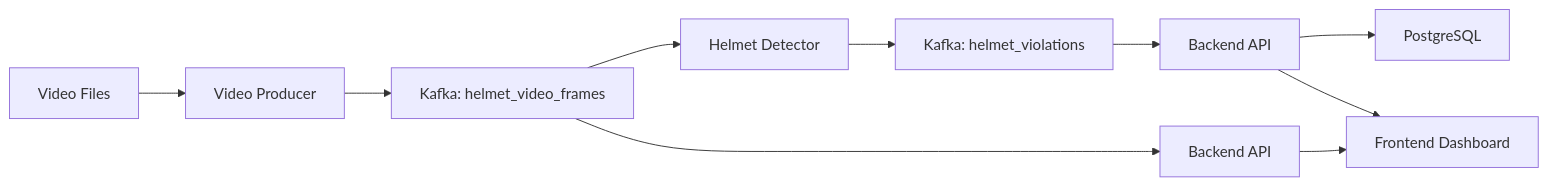
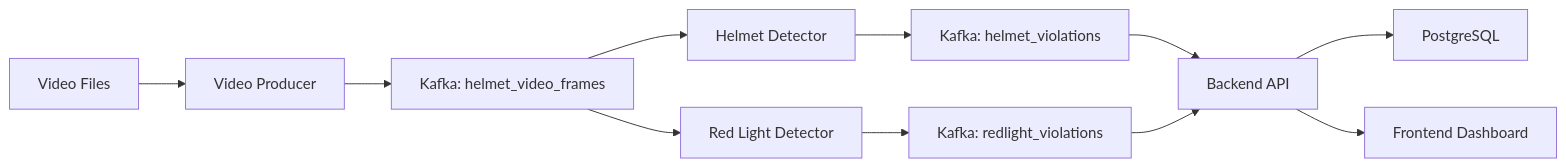
One commit to nguyencongtu2004/cardiac_prediction changed the diagram in QUICKSTART.md. Above: the diagram before and after it, drawn with Mermaid. The commit also changed other lines of this file and 30 other files, not shown here.

Commit message:
feat: Implement a real-time traffic violation detection system including helmet and red light detection with a full-stack demo and Airflow orchestration.

````diff
--- a/QUICKSTART.md
+++ b/QUICKSTART.md
@@ -17,12 +17,13 @@
 ```mermaid
 graph LR
     A[Video Files] --> B[Video Producer]
     B --> C[Kafka: helmet_video_frames]
     C --> D[Helmet Detector]
-    C --> E[Backend API]
+    C --> E[Red Light Detector]
     D --> F[Kafka: helmet_violations]
-    F --> G[Backend API]
-    G --> H[PostgreSQL]
-    E --> I[Frontend Dashboard]
-    G --> I
+    E --> G[Kafka: redlight_violations]
+    F --> H[Backend API]
+    G --> H
+    H --> I[PostgreSQL]
+    H --> J[Frontend Dashboard]
 ```
````
